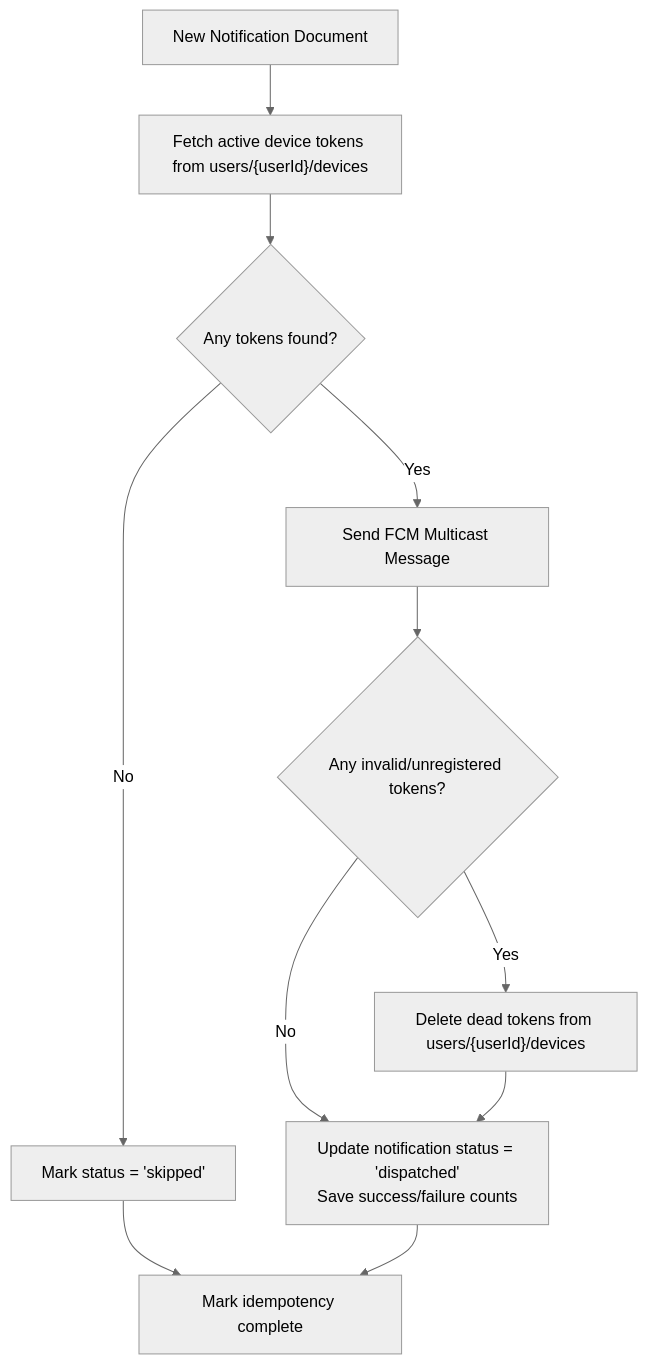
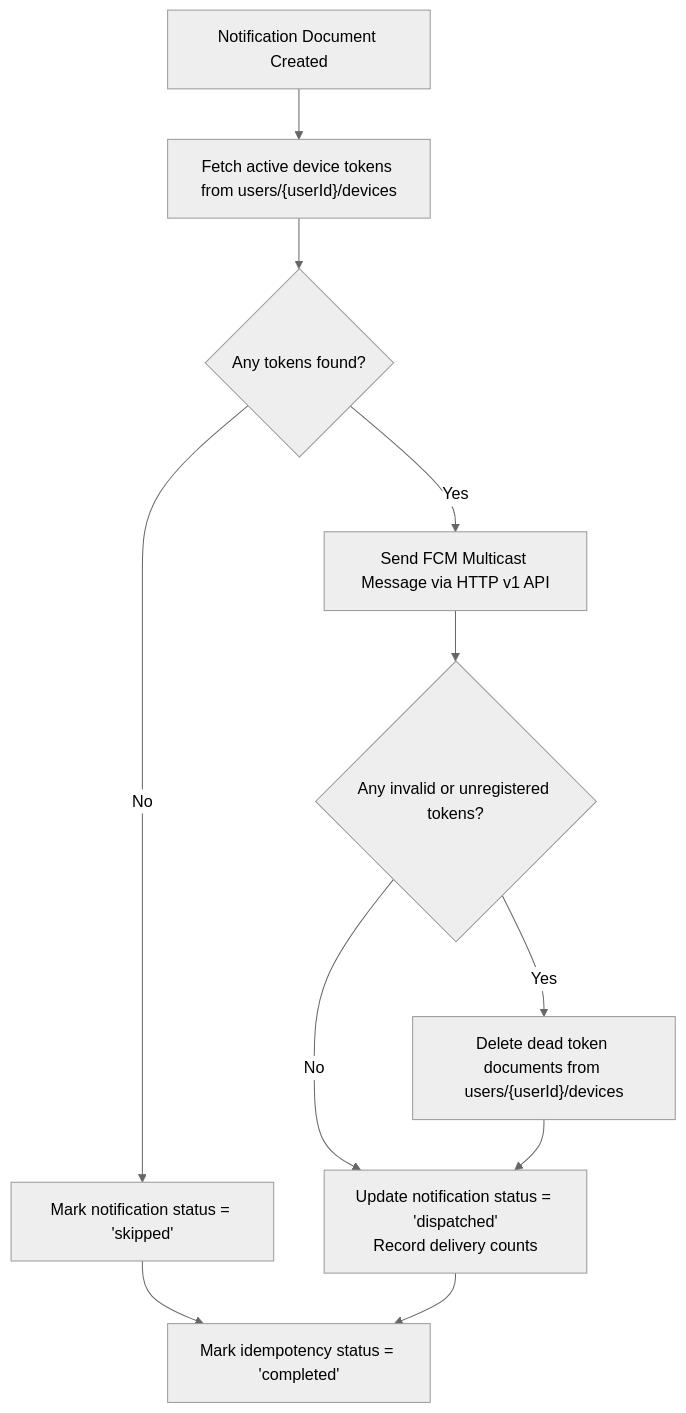
One commit to vkshdev/klubconnect changed the fourth of 4 diagrams in BACKEND_DESIGN.md. Above: the diagram before and after it, drawn with Mermaid (neutral theme). The commit also changed other lines of this file and 1 other file, not shown here.

Commit message:
Update architecture and backend design documentation to reflect multi-tenant features and account status validation

````diff
--- a/BACKEND_DESIGN.md
+++ b/BACKEND_DESIGN.md
@@ -163,16 +161,16 @@
 ```mermaid
 flowchart TD
-    Start["New Notification Document"] --> Fetch["Fetch active device tokens from users/{userId}/devices"]
+    Start["Notification Document Created"] --> Fetch["Fetch active device tokens from users/{userId}/devices"]
     Fetch --> Check{"Any tokens found?"}
     
-    Check -- No --> Skip["Mark status = 'skipped'"]
-    Check -- Yes --> Send["Send FCM Multicast Message"]
+    Check -- No --> Skip["Mark notification status = 'skipped'"]
+    Check -- Yes --> Send["Send FCM Multicast Message via HTTP v1 API"]
     
-    Send --> CheckErrors{"Any invalid/unregistered tokens?"}
-    CheckErrors -- Yes --> DeleteDead["Delete dead tokens from users/{userId}/devices"]
+    Send --> CheckErrors{"Any invalid or unregistered tokens?"}
+    CheckErrors -- Yes --> DeleteDead["Delete dead token documents from users/{userId}/devices"]
     CheckErrors -- No --> Update
-    DeleteDead --> Update["Update notification status = 'dispatched'\nSave success/failure counts"]
+    DeleteDead --> Update["Update notification status = 'dispatched'\nRecord delivery counts"]
     
-    Skip --> Done["Mark idempotency complete"]
+    Skip --> Done["Mark idempotency status = 'completed'"]
     Update --> Done
 ```
````
